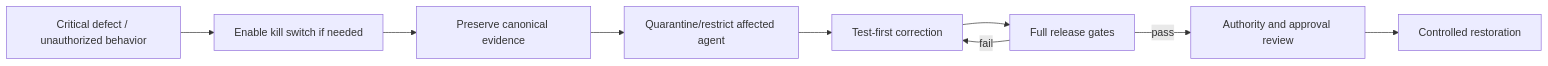
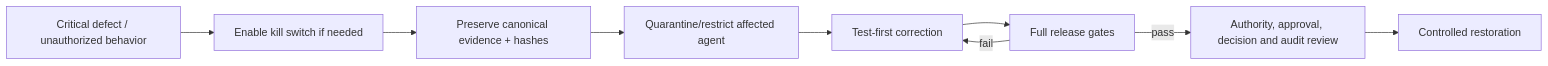
Before and after one commit to mkleinbe/mesh-ai-agent-cos-universe: the third of 3 diagrams in docs/runbook.md, drawn with Mermaid. The commit also changed other lines of this file, not shown here.

````diff
--- a/docs/runbook.md
+++ b/docs/runbook.md
@@ -86,11 +118,11 @@
 ```mermaid
 flowchart LR
     D[Critical defect / unauthorized behavior] --> KILL[Enable kill switch if needed]
-    KILL --> PRESERVE[Preserve canonical evidence]
+    KILL --> PRESERVE[Preserve canonical evidence + hashes]
     PRESERVE --> QUAR[Quarantine/restrict affected agent]
     QUAR --> FIX[Test-first correction]
     FIX --> CI[Full release gates]
-    CI -->|pass| REVIEW[Authority and approval review]
+    CI -->|pass| REVIEW[Authority, approval, decision and audit review]
     REVIEW --> RESTORE[Controlled restoration]
     CI -->|fail| FIX
 ```
````
